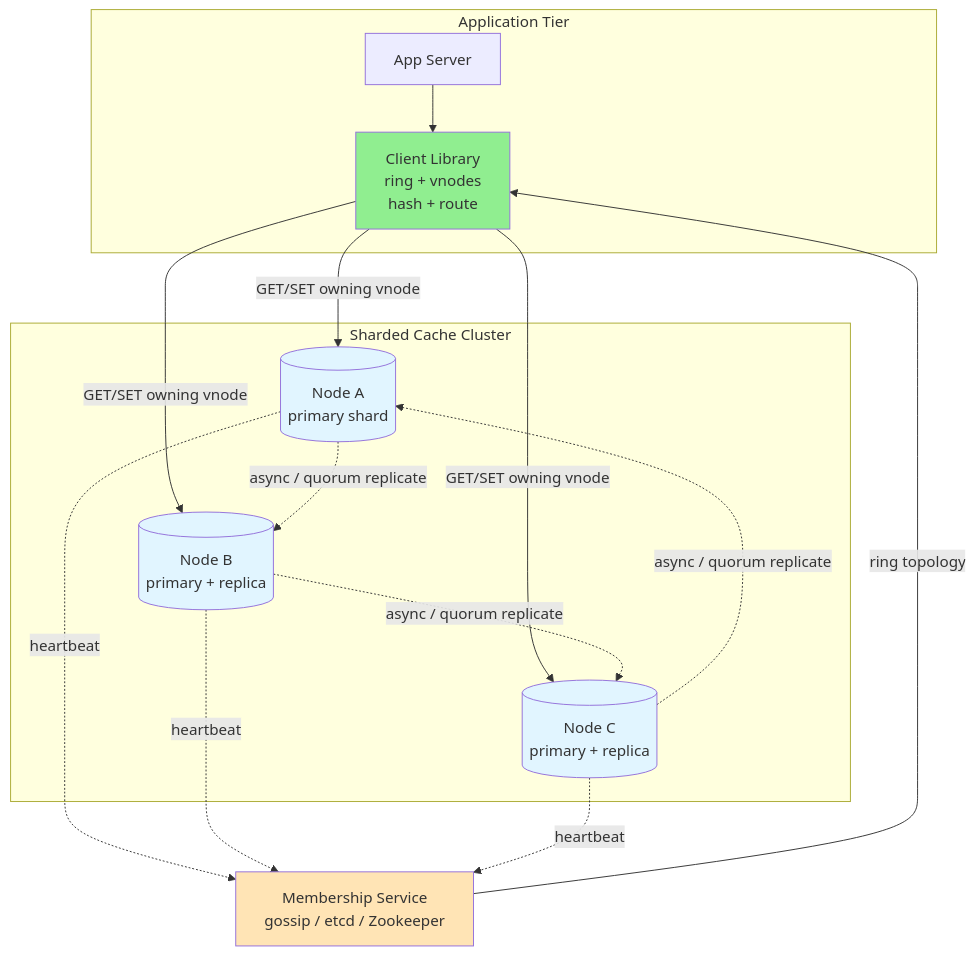
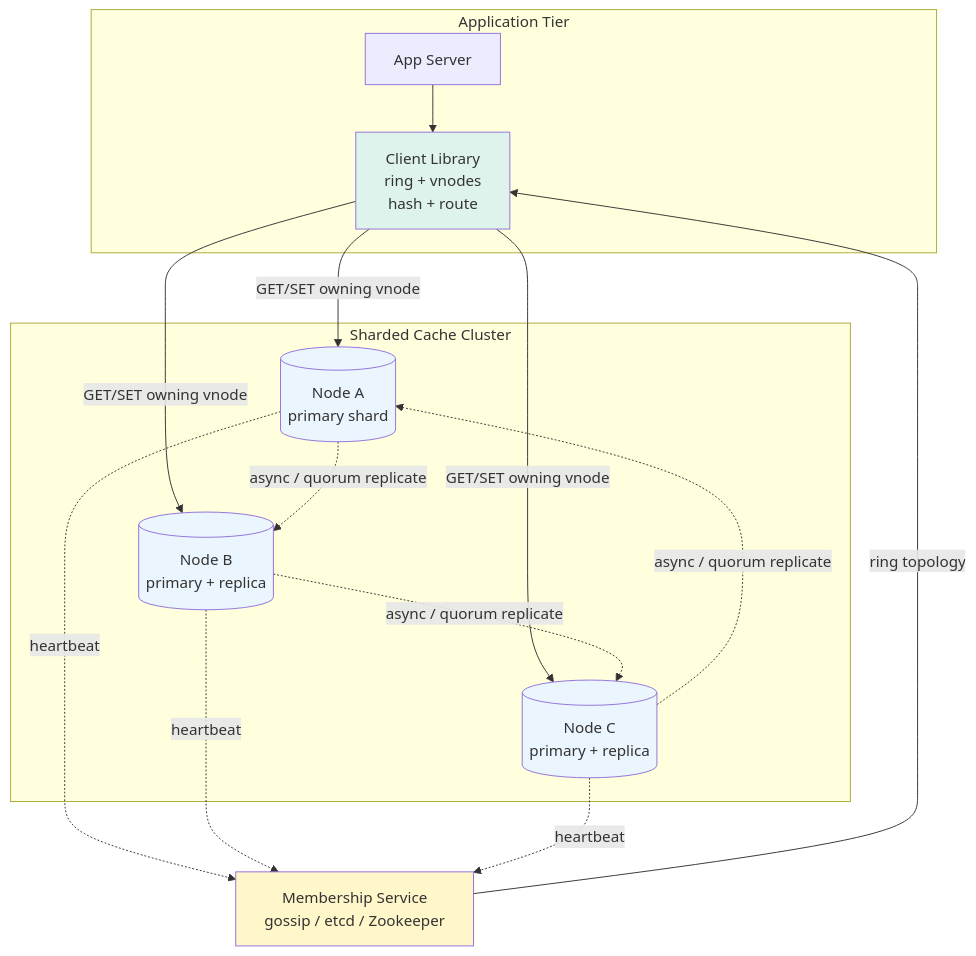
The first of 7 diagrams in LLD/questions/Design Distributed Cache.md (cartmancodes/InterviewVault), drawn with Mermaid before and after one commit. The commit also changed other lines of this file and 679 other files, not shown here.

Commit message:
Unify content diagrams and add accessible visual walkthroughs

````diff
--- a/LLD/questions/Design Distributed Cache.md
+++ b/LLD/questions/Design Distributed Cache.md
@@ -133,33 +133,33 @@
 ```mermaid
 graph TB
     subgraph Client["Application Tier"]
         APP[App Server]
         CL[Client Library<br/>ring + vnodes<br/>hash + route]
     end
 
     subgraph Cluster["Sharded Cache Cluster"]
         NA[(Node A<br/>primary shard)]
         NB[(Node B<br/>primary + replica)]
         NC[(Node C<br/>primary + replica)]
     end
 
     MEM[Membership Service<br/>gossip / etcd / Zookeeper]
 
     APP --> CL
     CL -->|"GET/SET owning vnode"| NA
     CL -->|"GET/SET owning vnode"| NB
     CL -->|"GET/SET owning vnode"| NC
     NA -.async / quorum replicate.-> NB
     NB -.async / quorum replicate.-> NC
     NC -.async / quorum replicate.-> NA
     MEM -->|ring topology| CL
     NA -.heartbeat.-> MEM
     NB -.heartbeat.-> MEM
     NC -.heartbeat.-> MEM
 
-    style NA fill:#e1f5ff
-    style NB fill:#e1f5ff
-    style NC fill:#e1f5ff
-    style CL fill:#90EE90
-    style MEM fill:#FFE4B5
+    style NA fill:#EAF5FD
+    style NB fill:#EAF5FD
+    style NC fill:#EAF5FD
+    style CL fill:#DDF3EC
+    style MEM fill:#FFF6C9
 ```
````
